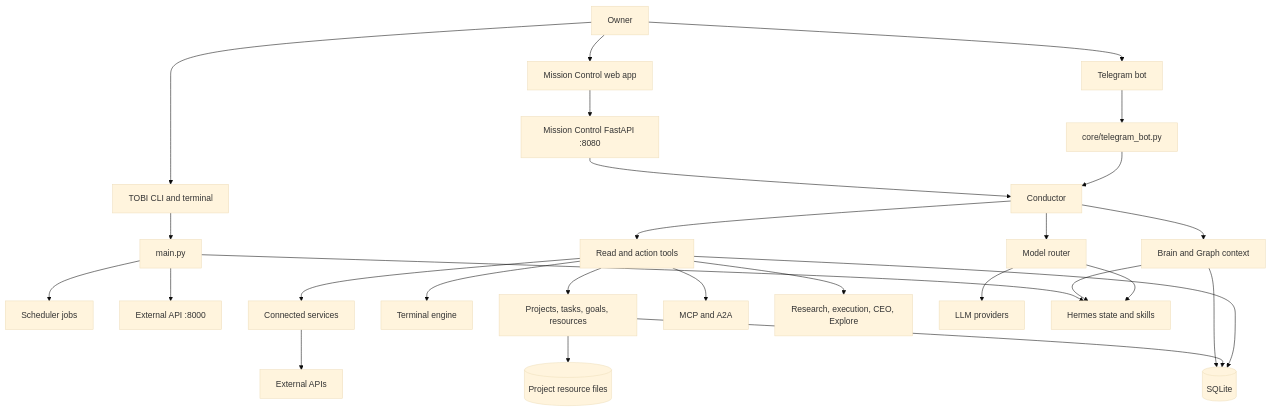
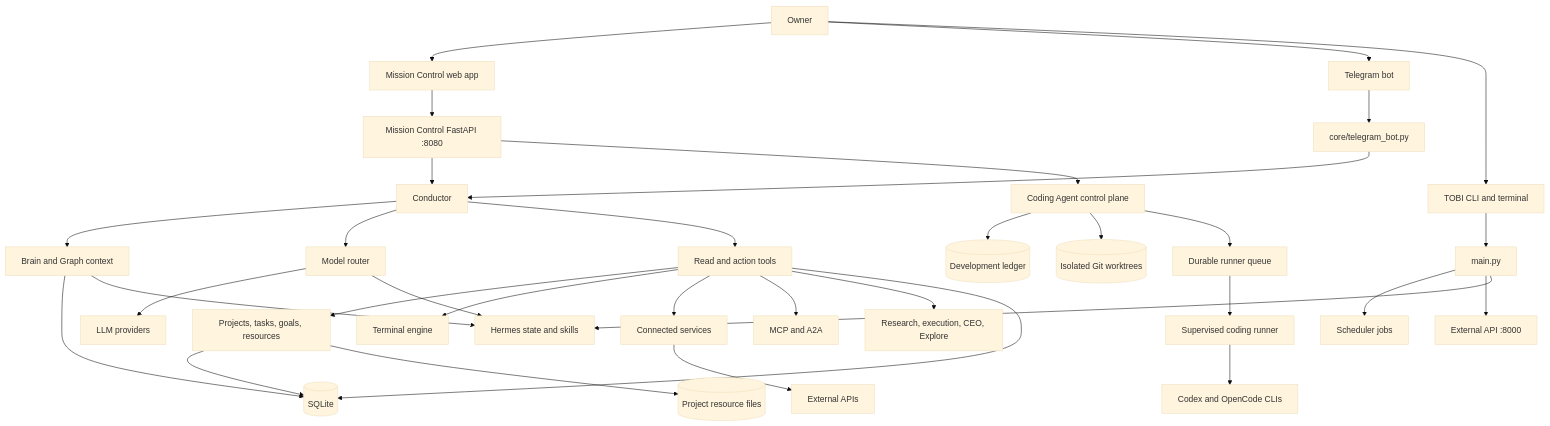
One commit to binhvu284/tobi changed the first of 3 diagrams in docs/ARCHITECTURE.md. Above: the diagram before and after it, drawn with Mermaid (base theme). The commit also changed other lines of this file and 56 other files, not shown here.

Commit message:
feat: add coding agent v2 runtime

````diff
--- a/docs/ARCHITECTURE.md
+++ b/docs/ARCHITECTURE.md
@@ -7,36 +7,42 @@
 ```mermaid
 flowchart TD
   Owner[Owner] --> MC[Mission Control web app]
   Owner --> TG[Telegram bot]
   Owner --> CLI[TOBI CLI and terminal]
 
   MC --> DashAPI[Mission Control FastAPI :8080]
   TG --> TelegramAdapter[core/telegram_bot.py]
   CLI --> Main[main.py]
 
   DashAPI --> Conductor[Conductor]
+  DashAPI --> DevControl[Coding Agent control plane]
   TelegramAdapter --> Conductor
   Main --> Scheduler[Scheduler jobs]
   Main --> PublicAPI[External API :8000]
 
   Conductor --> Brain[Brain and Graph context]
   Conductor --> Models[Model router]
   Conductor --> Tools[Read and action tools]
 
   Tools --> Projects[Projects, tasks, goals, resources]
   Tools --> Terminal[Terminal engine]
   Tools --> Integrations[Connected services]
   Tools --> MCP[MCP and A2A]
   Tools --> Engines[Research, execution, CEO, Explore]
 
   Brain --> SQLite[(SQLite)]
   Projects --> SQLite
   Projects --> Files[(Project resource files)]
   Tools --> SQLite
   Models --> Providers[LLM providers]
   Integrations --> External[External APIs]
+  DevControl --> DevDB[(Development ledger)]
+  DevControl --> Worktrees[(Isolated Git worktrees)]
+  DevControl --> RunnerQueue[Durable runner queue]
+  RunnerQueue --> RunnerService[Supervised coding runner]
+  RunnerService --> CodingCLIs[Codex and OpenCode CLIs]
 
   Main --> Hermes[Hermes state and skills]
   Brain --> Hermes
   Models --> Hermes
 ```
````
